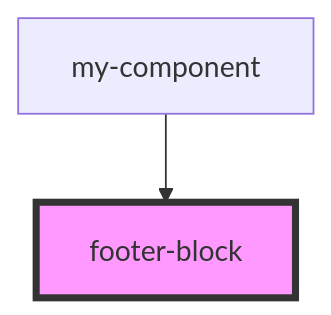
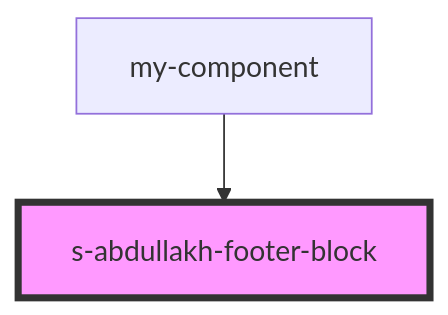
Before and after one commit to Wokh-Dada/companycards: the diagram in src/components/res/view/s-abdullakh-footer-block/readme.md, drawn with Mermaid. The commit also changed 28 other files, not shown here.

````diff
--- a/src/components/res/view/s-abdullakh-footer-block/readme.md
+++ b/src/components/res/view/s-abdullakh-footer-block/readme.md
@@ -15,5 +15,5 @@
 ```mermaid
 graph TD;
-  my-component --> footer-block
-  style footer-block fill:#f9f,stroke:#333,stroke-width:4px
+  my-component --> s-abdullakh-footer-block
+  style s-abdullakh-footer-block fill:#f9f,stroke:#333,stroke-width:4px
 ```
````
